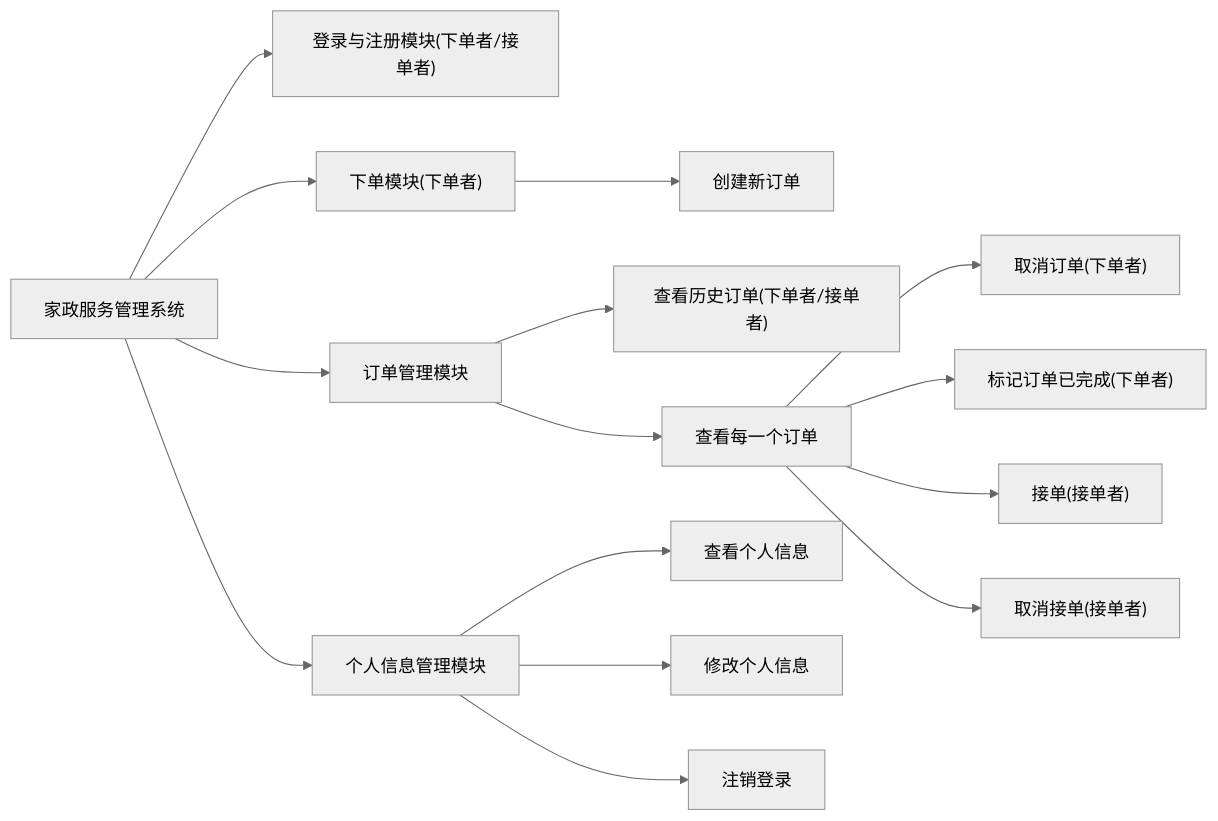
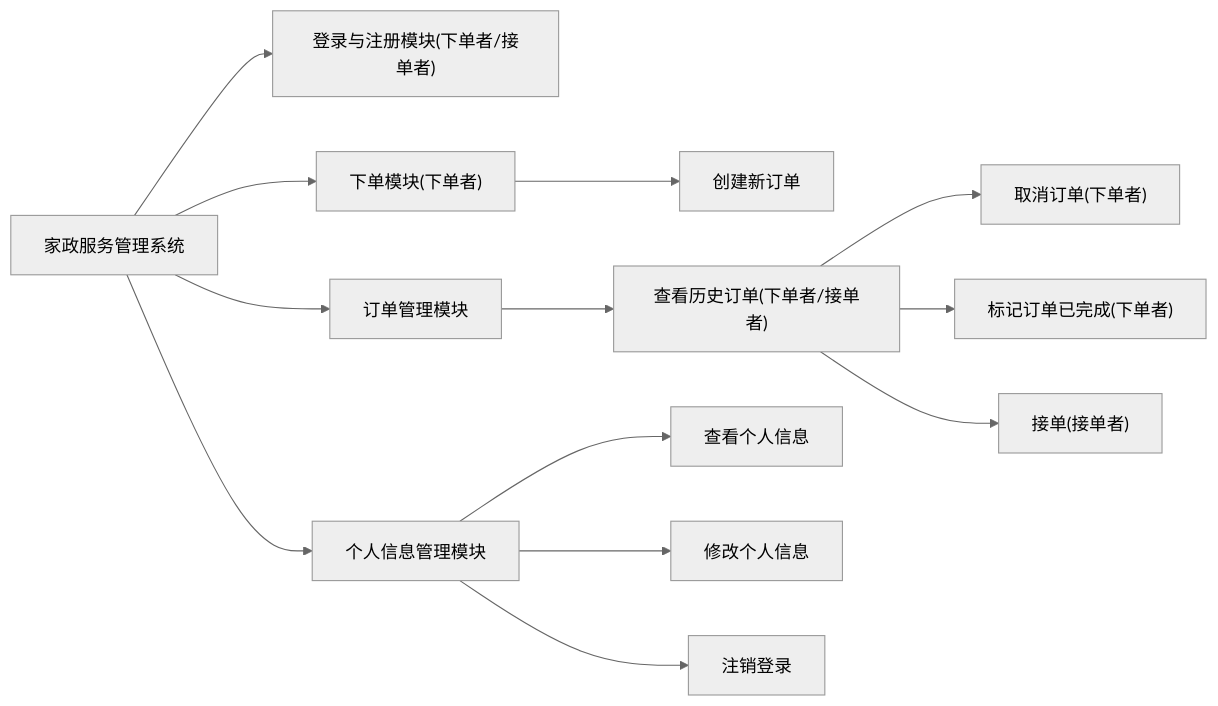
The diagram in source/_posts/实用系列/囧.md (ruofancooh/blog-source), drawn with Mermaid before and after one commit. The commit also changed other lines of this file and 3 other files, not shown here.

````diff
--- a/source/_posts/实用系列/囧.md
+++ b/source/_posts/实用系列/囧.md
@@ -36,14 +40,14 @@
 ```mermaid
 %%{
     init: {
 	    "theme": "neutral",
 	    "fontFamily": "Times New Roman"
     }
 }%%
 flowchart LR
     J[家政服务管理系统]-->D["登录与注册模块(下单者/接单者)"]
     J-->X["下单模块(下单者)"]-->创建新订单
-    J-->L["订单管理模块"]-->VV["查看历史订单(下单者/接单者)"] & V[查看每一个订单]
-    V-->Q["取消订单(下单者)"] & QQ["标记订单已完成(下单者)"] & QQQ["接单(接单者)"] & QQQQ["取消接单(接单者)"]
+    J-->L["订单管理模块"]-->V["查看历史订单(下单者/接单者)"]
+    V-->Q["取消订单(下单者)"] & QQ["标记订单已完成(下单者)"] & QQQ["接单(接单者)"]
     J-->G[个人信息管理模块]-->查看个人信息 & 修改个人信息 & 注销登录
 ```
````
